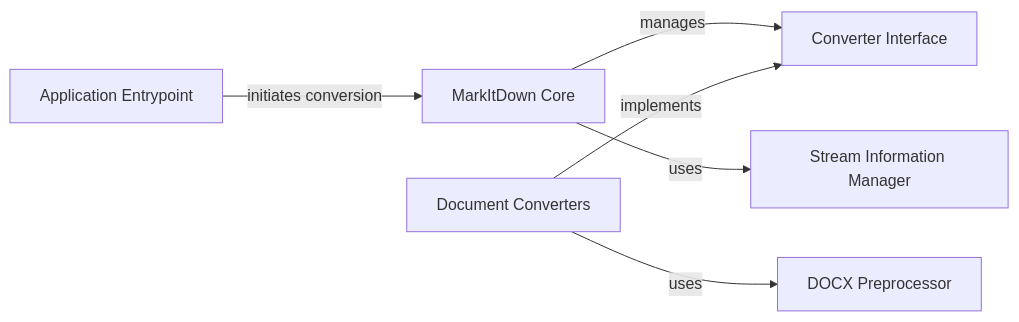
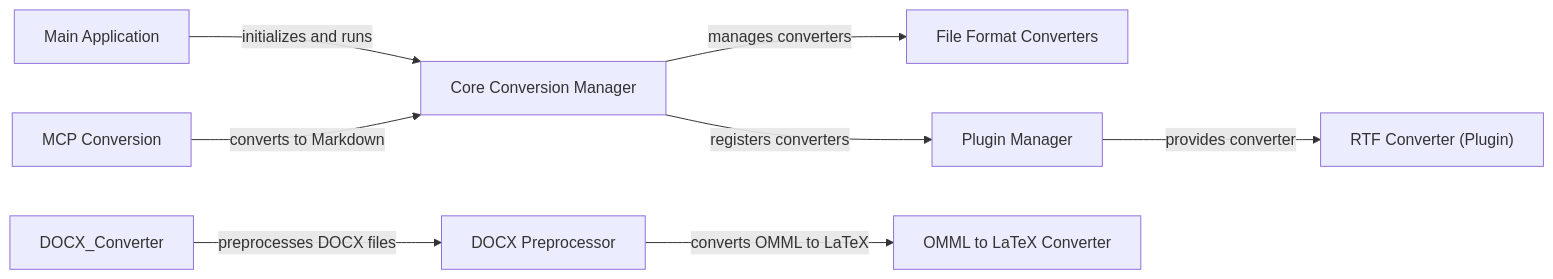
One commit to CodeBoarding/GeneratedOnBoardings changed the diagram in markitdown/on_boarding.md. Above: the diagram before and after it, drawn with Mermaid. The commit also changed other lines of this file and 13 other files, not shown here.

````diff
--- a/markitdown/on_boarding.md
+++ b/markitdown/on_boarding.md
@@ -1,20 +1,26 @@
 ```mermaid
 graph LR
-    Application_Entrypoint["Application Entrypoint"]
-    MarkItDown_Core["MarkItDown Core"]
-    Converter_Interface["Converter Interface"]
-    Stream_Information_Manager["Stream Information Manager"]
-    Document_Converters["Document Converters"]
+    Core_Conversion_Manager["Core Conversion Manager"]
+    File_Format_Converters["File Format Converters"]
+    Main_Application["Main Application"]
     DOCX_Preprocessor["DOCX Preprocessor"]
-    Application_Entrypoint -- "initiates conversion" --> MarkItDown_Core
-    MarkItDown_Core -- "manages" --> Converter_Interface
-    MarkItDown_Core -- "uses" --> Stream_Information_Manager
-    Document_Converters -- "implements" --> Converter_Interface
-    Document_Converters -- "uses" --> DOCX_Preprocessor
-    click Application_Entrypoint href "https://github.com/CodeBoarding/GeneratedOnBoardings/blob/main/markitdown/Application Entrypoint.md" "Details"
-    click MarkItDown_Core href "https://github.com/CodeBoarding/GeneratedOnBoardings/blob/main/markitdown/MarkItDown Core.md" "Details"
-    click Converter_Interface href "https://github.com/CodeBoarding/GeneratedOnBoardings/blob/main/markitdown/Converter Interface.md" "Details"
-    click Stream_Information_Manager href "https://github.com/CodeBoarding/GeneratedOnBoardings/blob/main/markitdown/Stream Information Manager.md" "Details"
-    click Document_Converters href "https://github.com/CodeBoarding/GeneratedOnBoardings/blob/main/markitdown/Document Converters.md" "Details"
+    OMML_to_LaTeX_Converter["OMML to LaTeX Converter"]
+    Plugin_Manager["Plugin Manager"]
+    RTF_Converter_Plugin_["RTF Converter (Plugin)"]
+    MCP_Conversion["MCP Conversion"]
+    Core_Conversion_Manager -- "manages converters" --> File_Format_Converters
+    Main_Application -- "initializes and runs" --> Core_Conversion_Manager
+    DOCX_Converter -- "preprocesses DOCX files" --> DOCX_Preprocessor
+    DOCX_Preprocessor -- "converts OMML to LaTeX" --> OMML_to_LaTeX_Converter
+    Core_Conversion_Manager -- "registers converters" --> Plugin_Manager
+    Plugin_Manager -- "provides converter" --> RTF_Converter_Plugin_
+    MCP_Conversion -- "converts to Markdown" --> Core_Conversion_Manager
+    click Core_Conversion_Manager href "https://github.com/CodeBoarding/GeneratedOnBoardings/blob/main/markitdown/Core Conversion Manager.md" "Details"
+    click File_Format_Converters href "https://github.com/CodeBoarding/GeneratedOnBoardings/blob/main/markitdown/File Format Converters.md" "Details"
+    click Main_Application href "https://github.com/CodeBoarding/GeneratedOnBoardings/blob/main/markitdown/Main Application.md" "Details"
     click DOCX_Preprocessor href "https://github.com/CodeBoarding/GeneratedOnBoardings/blob/main/markitdown/DOCX Preprocessor.md" "Details"
+    click OMML_to_LaTeX_Converter href "https://github.com/CodeBoarding/GeneratedOnBoardings/blob/main/markitdown/OMML to LaTeX Converter.md" "Details"
+    click Plugin_Manager href "https://github.com/CodeBoarding/GeneratedOnBoardings/blob/main/markitdown/Plugin Manager.md" "Details"
+    click RTF_Converter_Plugin_ href "https://github.com/CodeBoarding/GeneratedOnBoardings/blob/main/markitdown/RTF Converter (Plugin).md" "Details"
+    click MCP_Conversion href "https://github.com/CodeBoarding/GeneratedOnBoardings/blob/main/markitdown/MCP Conversion.md" "Details"
 ```
````
